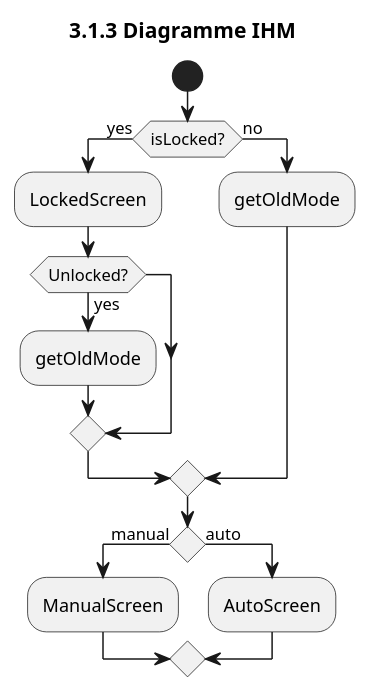
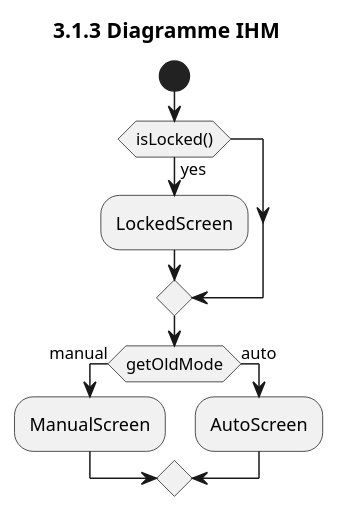
One commit to Larson-09/PATO_Project changed the diagram in Diagrammes UML/3.1.3 - Les écrans/3.1.3 - Diagramme IHM - EN.puml. Above: the diagram before and after it, drawn with PlantUML.

Commit message:
Diagramme IHM pas fini

```diff
--- a/Diagrammes UML/3.1.3 - Les écrans/3.1.3 - Diagramme IHM - EN.puml
+++ b/Diagrammes UML/3.1.3 - Les écrans/3.1.3 - Diagramme IHM - EN.puml
@@ -1,21 +1,15 @@
 @startuml
 title 3.1.3 Diagramme IHM
 
 start
 
-if (isLocked?) then (yes)
+if (isLocked()) then (yes)
   :LockedScreen;
-  if (Unlocked?) then (yes)
-    :getOldMode;
-  endif
-else (no)
-  :getOldMode;
 endif
-
-if () then (manual)
+if (getOldMode) then (manual)
   :ManualScreen;
 else (auto)
   :AutoScreen;
 endif
 
 @enduml
```
